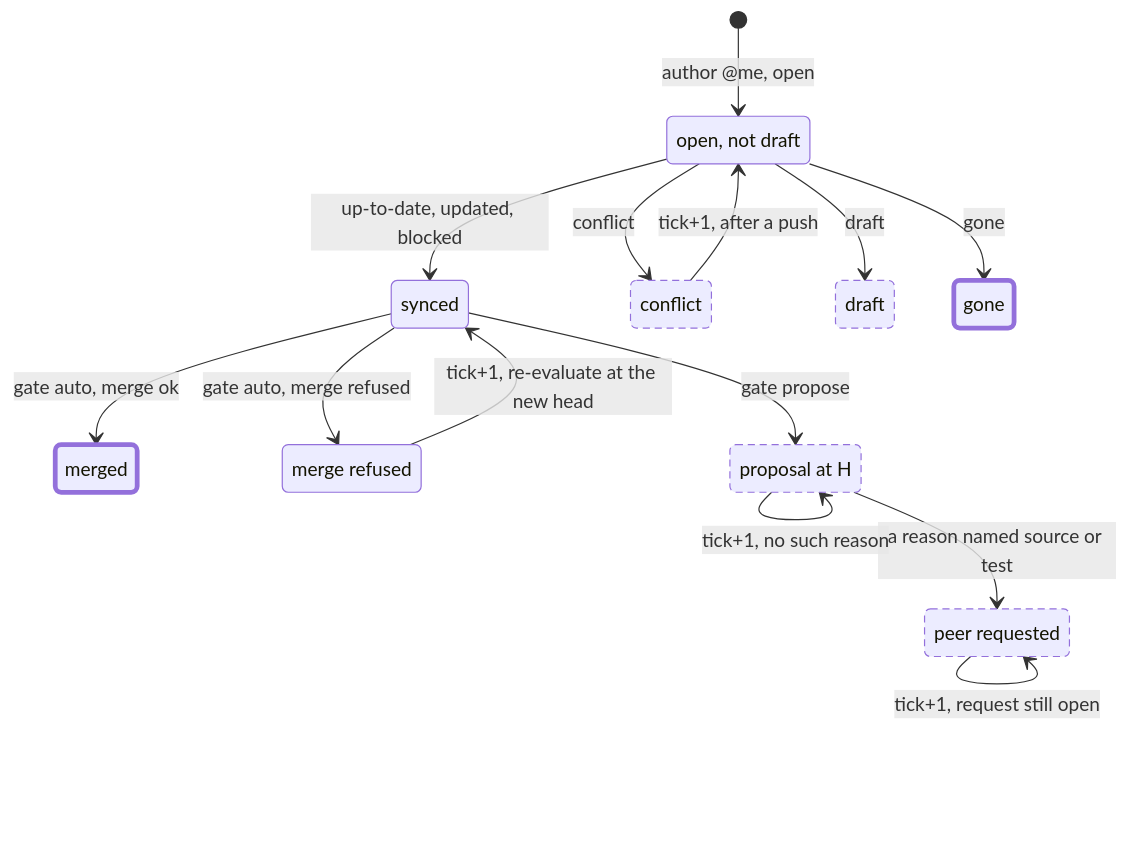
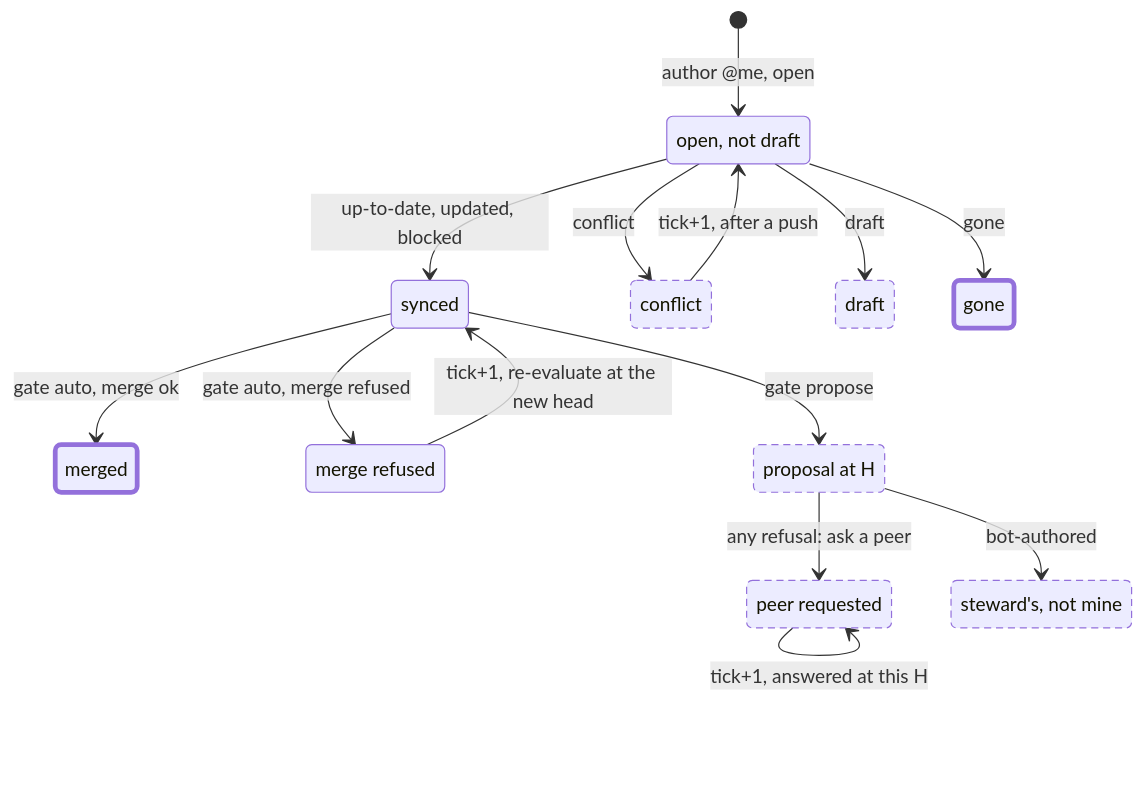
One commit to input-output-hk/agent-peer-review changed the first of 11 diagrams in docs/how-it-works.md. Above: the diagram before and after it, drawn with Mermaid. The commit also changed other lines of this file and 92 other files, not shown here.

````diff
--- a/docs/how-it-works.md
+++ b/docs/how-it-works.md
@@ -55,33 +57,34 @@
 ```mermaid
 stateDiagram-v2
   direction TB
 
   state "open, not draft" as D
   state "synced" as S
   state "merged" as M
   state "merge refused" as X
   state "proposal at H" as P
   state "peer requested" as Q
+  state "steward's, not mine" as B
   state "conflict" as C
   state "draft" as F
   state "gone" as G
 
   [*] --> D : author @me, open
   D --> G : gone
   D --> F : draft
   D --> C : conflict
   D --> S : up-to-date, updated, blocked
   S --> M : gate auto, merge ok
   S --> X : gate auto, merge refused
   S --> P : gate propose
-  P --> Q : a reason named source or test
-  P --> P : tick+1, no such reason
-  Q --> Q : tick+1, request still open
+  P --> Q : any refusal: ask a peer
+  P --> B : bot-authored
+  Q --> Q : tick+1, answered at this H
   X --> S : tick+1, re-evaluate at the new head
   C --> D : tick+1, after a push
 
   class M,G terminal
-  class C,F,Q,P pending
+  class C,F,Q,P,B pending
   classDef terminal stroke-width:4px
   classDef pending stroke-dasharray: 6 4
 ```
````
